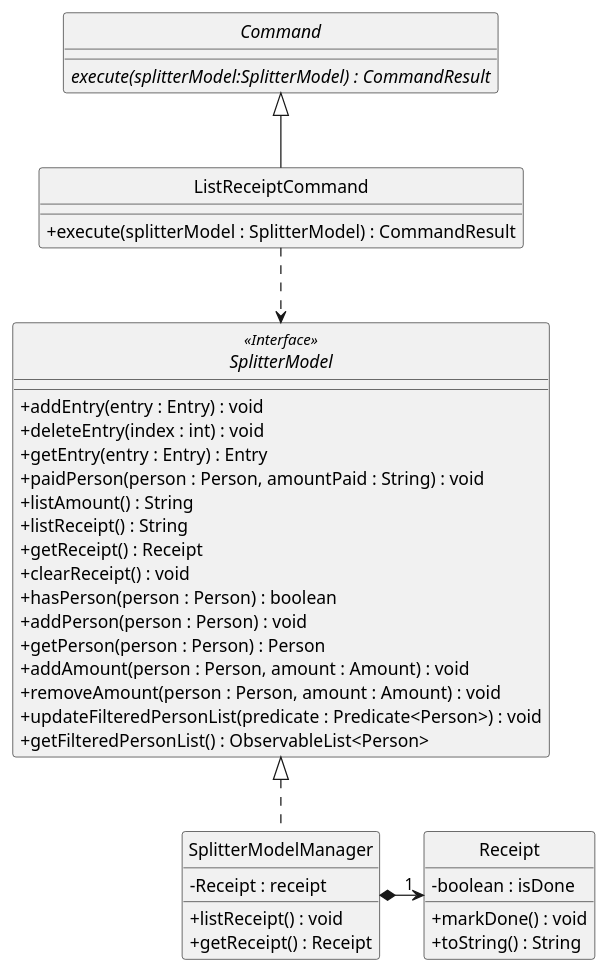
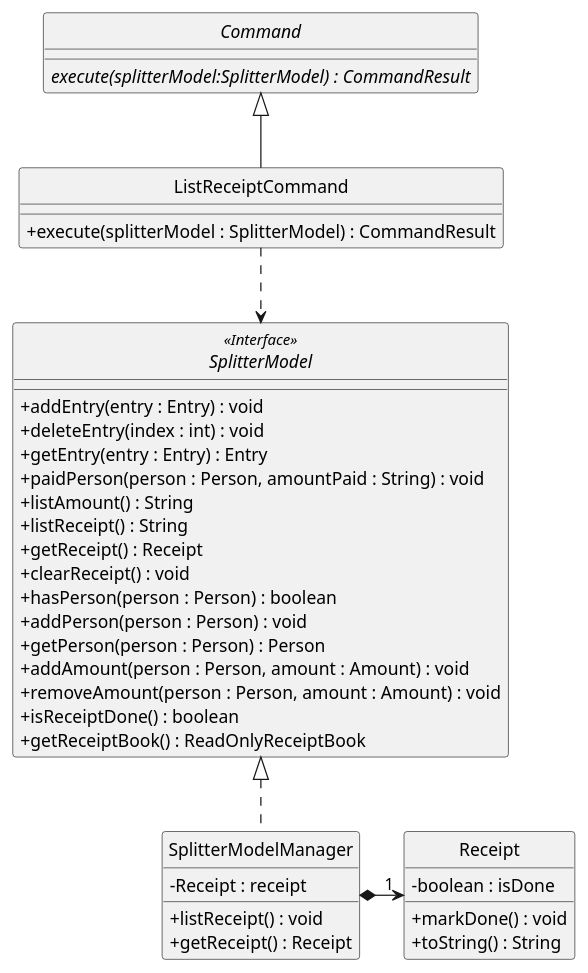
One commit to nus-cs2103-AY1920S2/addressbook-level3 changed the diagram in docs/diagrams/ExpenseSplitterListReceiptCommandClassDiagram.puml. Above: the diagram before and after it, drawn with PlantUML. The commit also changed 3 other files, not shown here.

Commit message:
update about class diagrams for listamount and listreceipt

```diff
--- a/docs/diagrams/ExpenseSplitterListReceiptCommandClassDiagram.puml
+++ b/docs/diagrams/ExpenseSplitterListReceiptCommandClassDiagram.puml
@@ -1,65 +1,65 @@
 @startuml
 /' @author @WillySeahh'/
 
 
 skinparam backgroundColor #ffffff
 skinparam classAttributeIconSize 0
 hide circle
 
 
 abstract class Command {
     {abstract} execute(splitterModel:SplitterModel) : CommandResult
 }
 
 class ListReceiptCommand extends Command {
     /' Fields '/
 
     /' Methods '/
     + execute(splitterModel : SplitterModel) : CommandResult
 
 }
 
 class SplitterModelManager implements SplitterModel {
     /' Fields '/
     - Receipt : receipt
 
     /' Methods '/
     + listReceipt() : void
     + getReceipt() : Receipt
 }
 
 interface SplitterModel <<Interface>> {
     + addEntry(entry : Entry) : void
     + deleteEntry(index : int) : void
     + getEntry(entry : Entry) : Entry
     + paidPerson(person : Person, amountPaid : String) : void
     + listAmount() : String
     + listReceipt() : String
     + getReceipt() : Receipt
     + clearReceipt() : void
     + hasPerson(person : Person) : boolean
     + addPerson(person : Person) : void
     + getPerson(person : Person) : Person
     + addAmount(person : Person, amount : Amount) : void
     + removeAmount(person : Person, amount : Amount) : void
-    + updateFilteredPersonList(predicate : Predicate<Person>) : void
-    + getFilteredPersonList() : ObservableList<Person>
+    + isReceiptDone() : boolean
+    + getReceiptBook() : ReadOnlyReceiptBook
 
 
 }
 
 class Receipt {
     /' Fields '/
     - boolean : isDone
 
     /' Methods '/
     + markDone() : void
     + toString() : String
 }
 
 
 ListReceiptCommand ..> SplitterModel
 SplitterModelManager *-right->"1" Receipt
 
 
 @enduml
```
